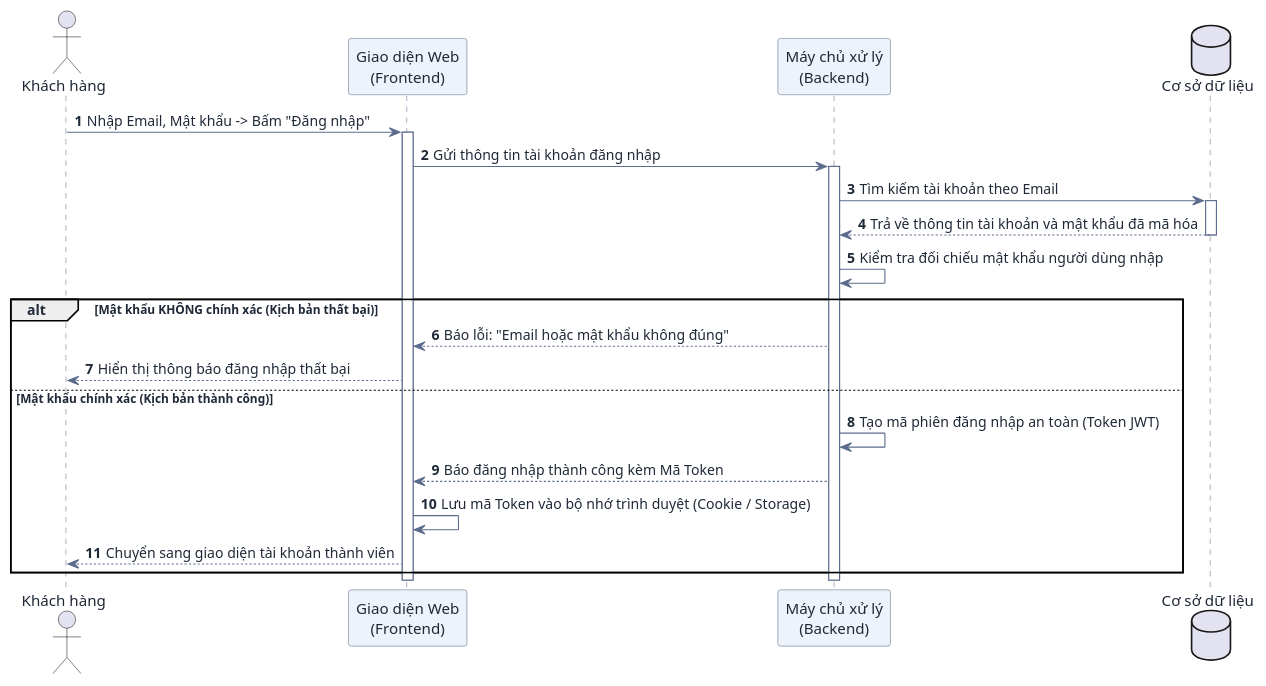
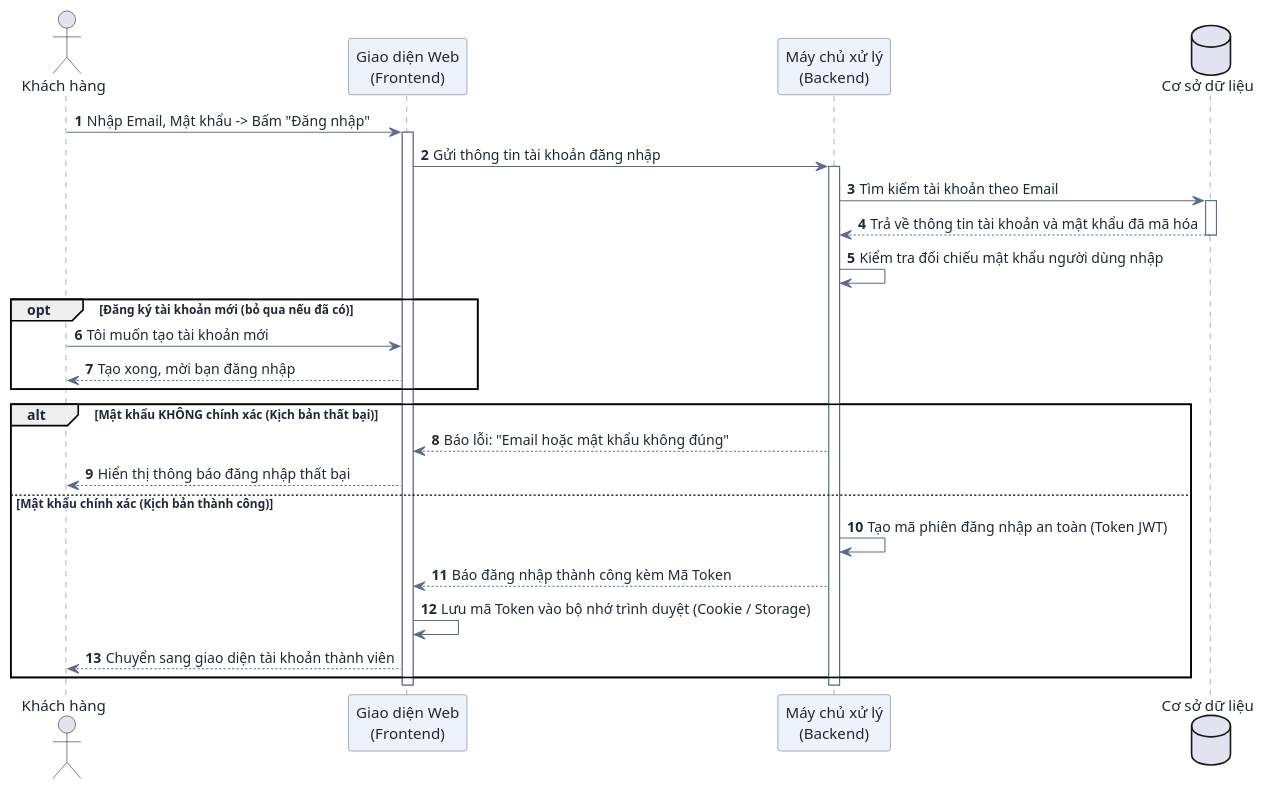
Before and after one commit to DuVinhLoi/BrewLite: the third of 6 diagrams in docs/user-sequence-specifications.md, drawn with PlantUML. The commit also changed other lines of this file and 1 other file, not shown here.

````diff
--- a/docs/user-sequence-specifications.md
+++ b/docs/user-sequence-specifications.md
@@ -184,39 +188,44 @@
 ```plantuml
 @startuml
 skinparam DefaultFontColor #1f2937
 skinparam ArrowColor #5b6b8c
 skinparam SequenceParticipantBackgroundColor #eef2fb
 skinparam SequenceParticipantBorderColor #5b6b8c
 skinparam SequenceLifeLineBorderColor #5b6b8c
 
 autonumber
 actor "Khách hàng" as User
 participant "Giao diện Web\n(Frontend)" as FE
 participant "Máy chủ xử lý\n(Backend)" as BE
 database "Cơ sở dữ liệu" as DB
 
 User -> FE : Nhập Email, Mật khẩu -> Bấm "Đăng nhập"
 activate FE
 FE -> BE : Gửi thông tin tài khoản đăng nhập
 activate BE
 
 BE -> DB : Tìm kiếm tài khoản theo Email
 activate DB
 DB --> BE : Trả về thông tin tài khoản và mật khẩu đã mã hóa
 deactivate DB
 
 BE -> BE : Kiểm tra đối chiếu mật khẩu người dùng nhập
 
+opt Đăng ký tài khoản mới (bỏ qua nếu đã có)
+    User -> FE : Tôi muốn tạo tài khoản mới
+    FE --> User : Tạo xong, mời bạn đăng nhập
+end
+
 alt Mật khẩu KHÔNG chính xác (Kịch bản thất bại)
     BE --> FE : Báo lỗi: "Email hoặc mật khẩu không đúng"
     FE --> User : Hiển thị thông báo đăng nhập thất bại
 else Mật khẩu chính xác (Kịch bản thành công)
     BE -> BE : Tạo mã phiên đăng nhập an toàn (Token JWT)
     BE --> FE : Báo đăng nhập thành công kèm Mã Token
     FE -> FE : Lưu mã Token vào bộ nhớ trình duyệt (Cookie / Storage)
     FE --> User : Chuyển sang giao diện tài khoản thành viên
 end
 deactivate BE
 deactivate FE
 @enduml
 ```
````
